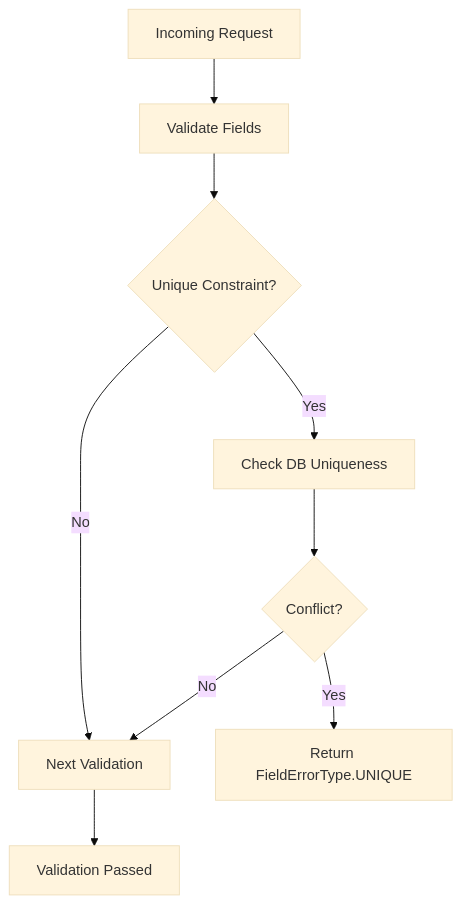
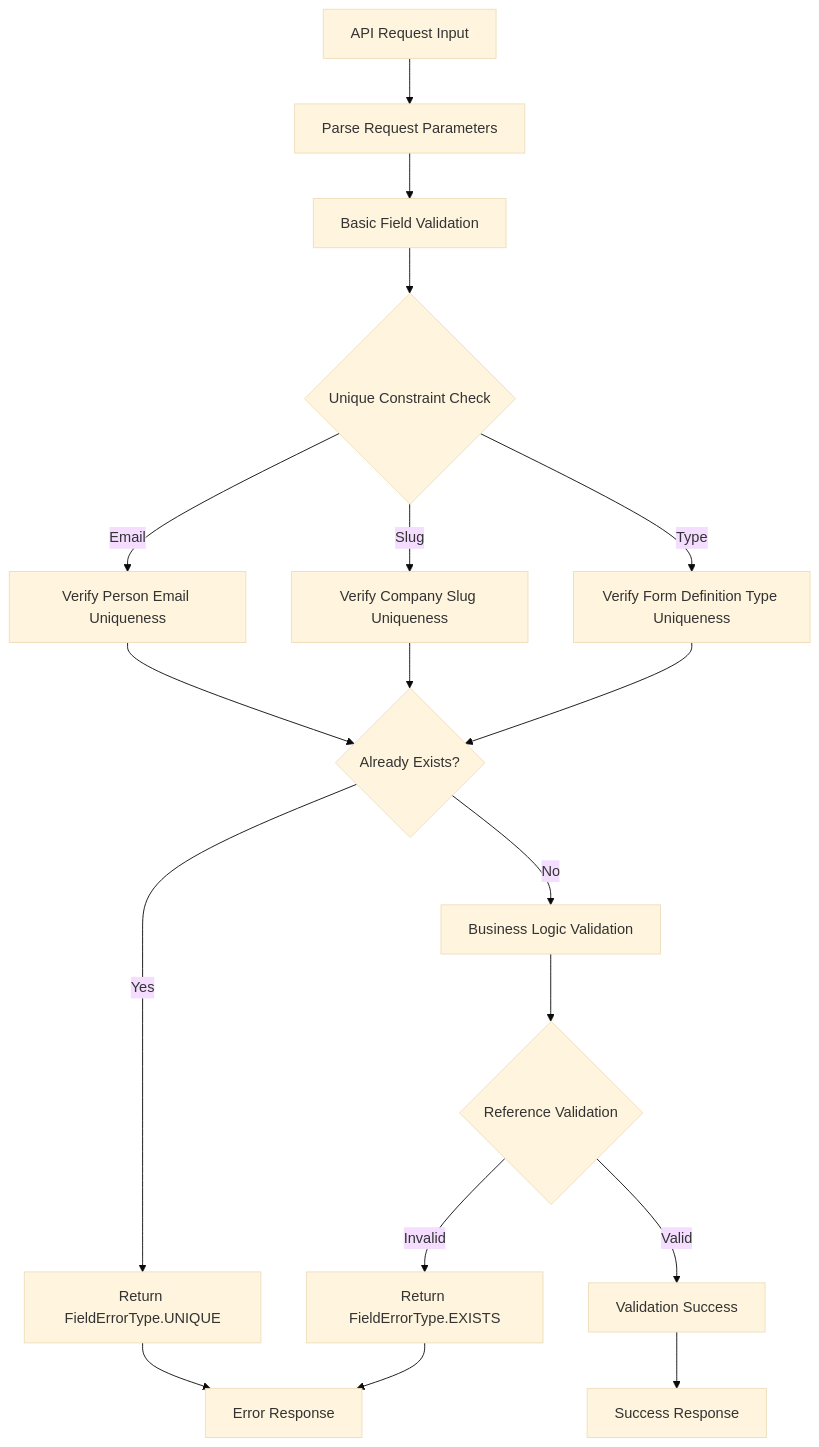
The eighth of 11 diagrams in .qoder/repowiki/en/content/Data Management.md (effinrich/rh-nx-monorepo), drawn with Mermaid (base theme) before and after one commit. The commit also changed other lines of this file and 130 other files, not shown here.

````diff
--- a/.qoder/repowiki/en/content/Data Management.md
+++ b/.qoder/repowiki/en/content/Data Management.md
@@ -335,11 +467,20 @@
 ```mermaid
 flowchart TD
-Input["Incoming Request"] --> Validate["Validate Fields"]
-Validate --> UniqueCheck{"Unique Constraint?"}
-UniqueCheck --> |Yes| DBUnique["Check DB Uniqueness"]
-UniqueCheck --> |No| NextCheck["Next Validation"]
-DBUnique --> Conflict{"Conflict?"}
-Conflict --> |Yes| Error["Return FieldErrorType.UNIQUE"]
-Conflict --> |No| NextCheck
-NextCheck --> Done["Validation Passed"]
+Input["API Request Input"] --> Parse["Parse Request Parameters"]
+Parse --> BasicValidation["Basic Field Validation"]
+BasicValidation --> UniqueCheck{"Unique Constraint Check"}
+UniqueCheck --> |Email| EmailCheck["Verify Person Email Uniqueness"]
+UniqueCheck --> |Slug| SlugCheck["Verify Company Slug Uniqueness"]
+UniqueCheck --> |Type| TypeCheck["Verify Form Definition Type Uniqueness"]
+EmailCheck --> UniqueResult{"Already Exists?"}
+SlugCheck --> UniqueResult
+TypeCheck --> UniqueResult
+UniqueResult --> |Yes| FieldError["Return FieldErrorType.UNIQUE"]
+UniqueResult --> |No| BusinessValidation["Business Logic Validation"]
+BusinessValidation --> ReferenceCheck{"Reference Validation"}
+ReferenceCheck --> |Invalid| ReferenceError["Return FieldErrorType.EXISTS"]
+ReferenceCheck --> |Valid| Success["Validation Success"]
+FieldError --> ErrorOutput["Error Response"]
+ReferenceError --> ErrorOutput
+Success --> SuccessOutput["Success Response"]
 ```
````
